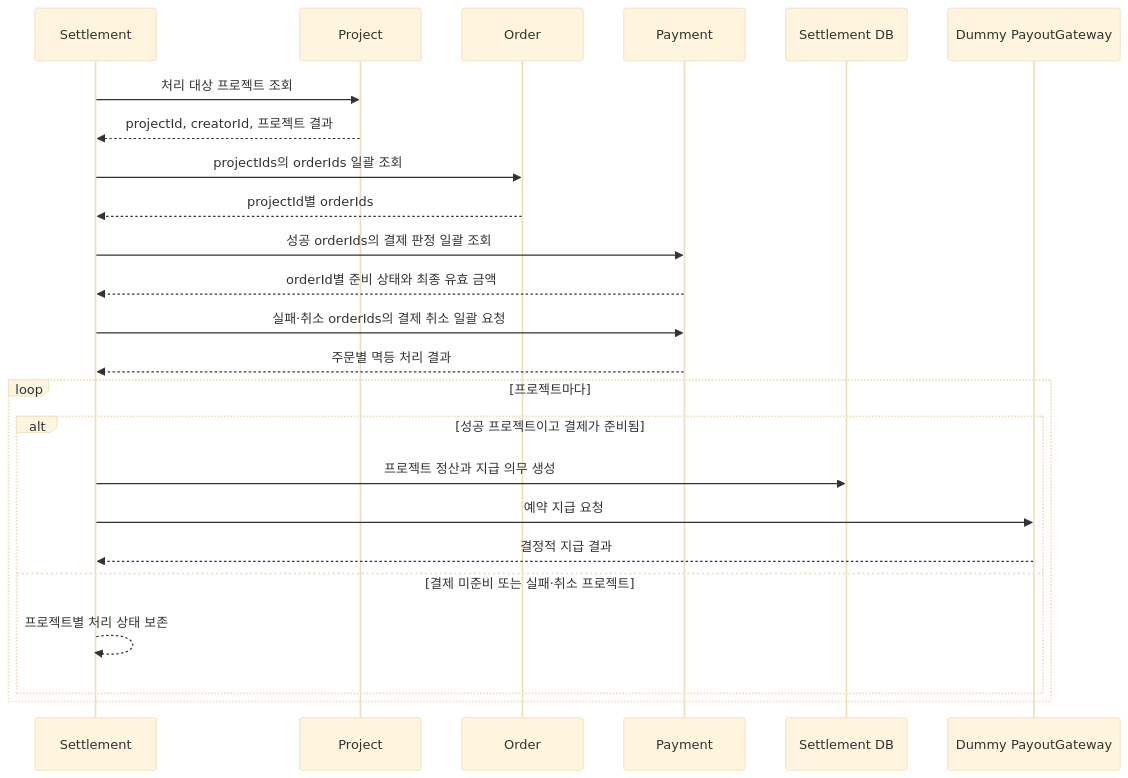
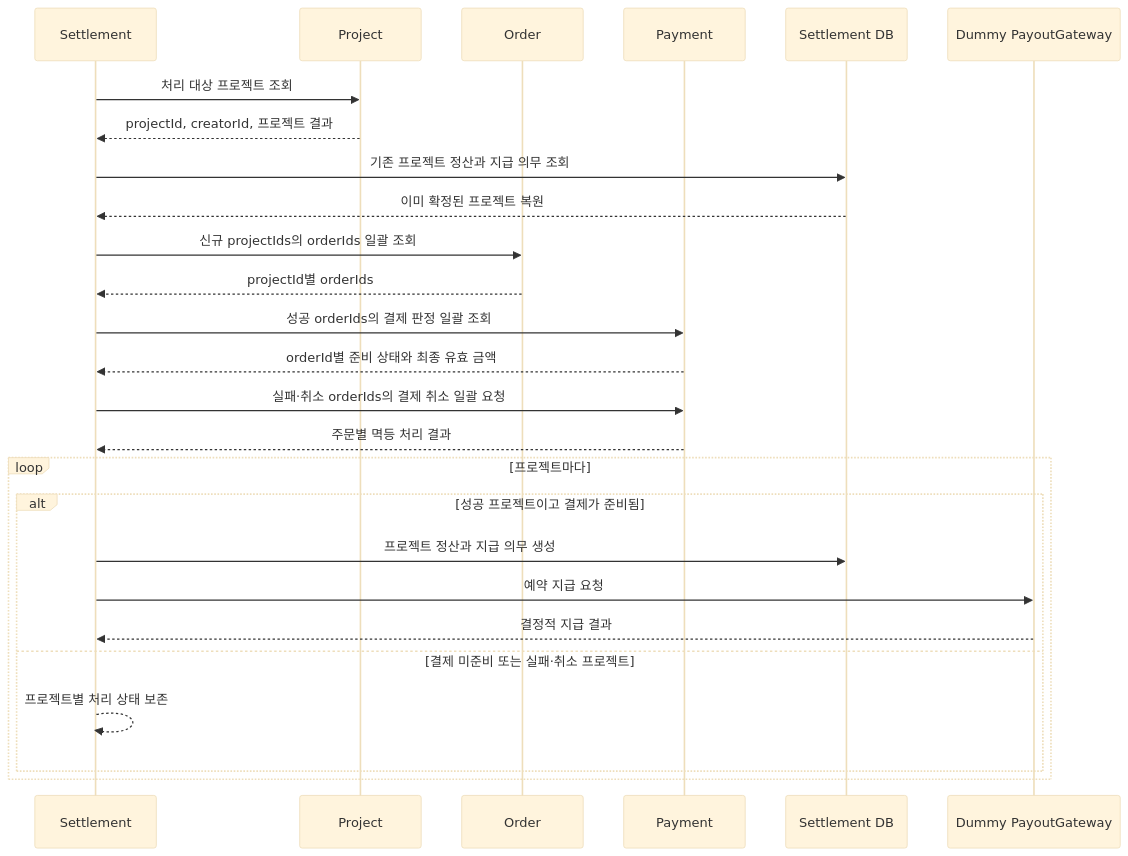
One commit to prgrms-be-adv-devcourse/beadv7_7_earlybird_BE changed the diagram in settlement-service/README.md. Above: the diagram before and after it, drawn with Mermaid (base theme). The commit also changed other lines of this file and 3 other files, not shown here.

````diff
--- a/settlement-service/README.md
+++ b/settlement-service/README.md
@@ -7,27 +7,29 @@
 ```mermaid
 sequenceDiagram
     participant Settlement
     participant Project
     participant Order
     participant Payment
     participant Store as Settlement DB
     participant Payout as Dummy PayoutGateway
 
     Settlement->>Project: 처리 대상 프로젝트 조회
     Project-->>Settlement: projectId, creatorId, 프로젝트 결과
-    Settlement->>Order: projectIds의 orderIds 일괄 조회
+    Settlement->>Store: 기존 프로젝트 정산과 지급 의무 조회
+    Store-->>Settlement: 이미 확정된 프로젝트 복원
+    Settlement->>Order: 신규 projectIds의 orderIds 일괄 조회
     Order-->>Settlement: projectId별 orderIds
     Settlement->>Payment: 성공 orderIds의 결제 판정 일괄 조회
     Payment-->>Settlement: orderId별 준비 상태와 최종 유효 금액
     Settlement->>Payment: 실패·취소 orderIds의 결제 취소 일괄 요청
     Payment-->>Settlement: 주문별 멱등 처리 결과
     loop 프로젝트마다
         alt 성공 프로젝트이고 결제가 준비됨
             Settlement->>Store: 프로젝트 정산과 지급 의무 생성
             Settlement->>Payout: 예약 지급 요청
             Payout-->>Settlement: 결정적 지급 결과
         else 결제 미준비 또는 실패·취소 프로젝트
             Settlement-->>Settlement: 프로젝트별 처리 상태 보존
         end
     end
 ```
````
